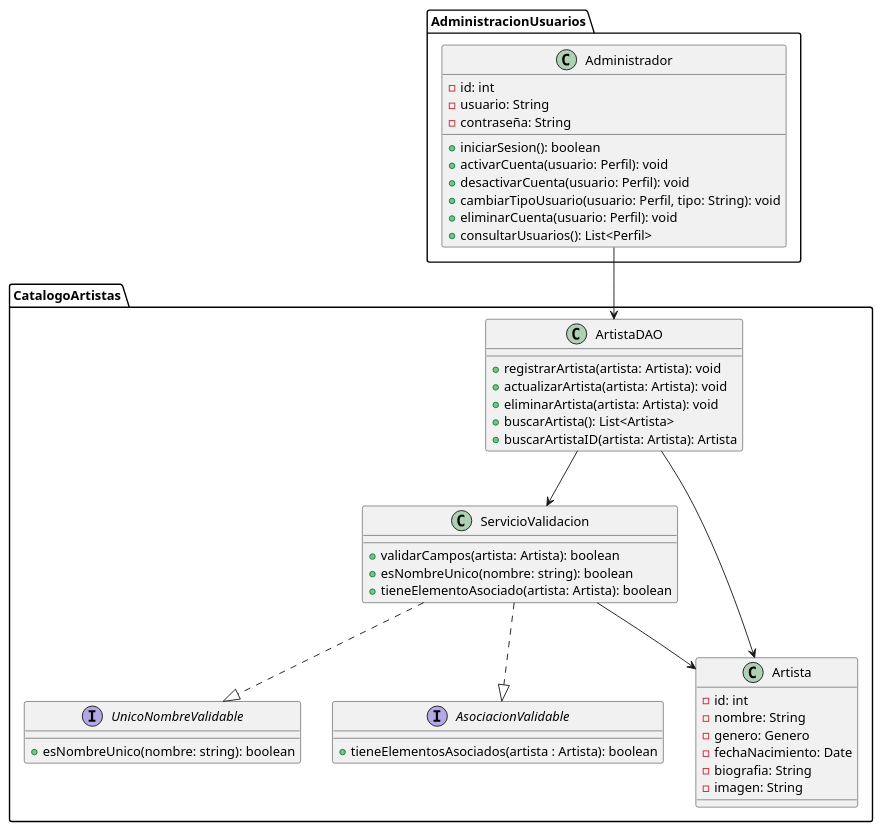
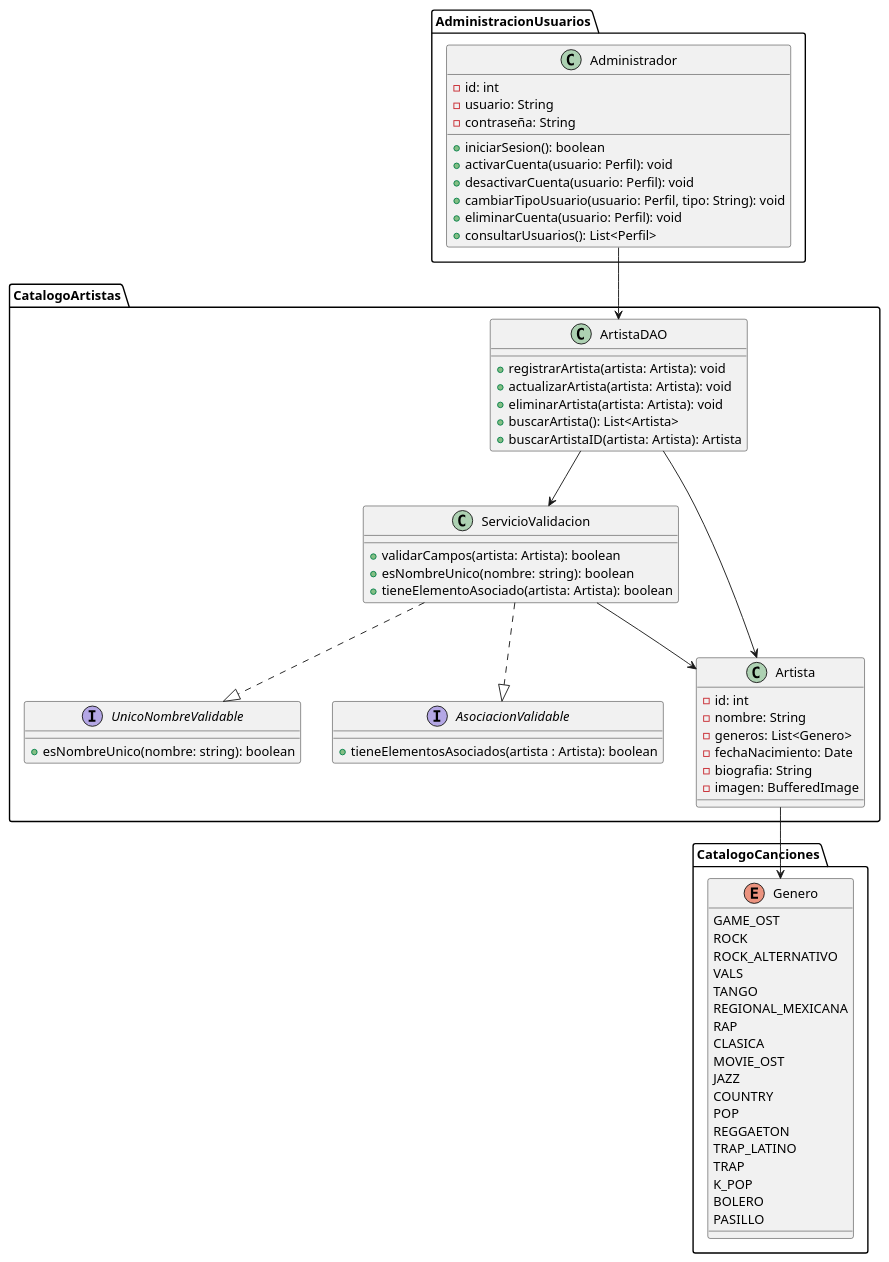
The diagram in src/DiagramasPlantUML/DiagramaCatalogoArtistas.puml (BaphomeT-T/InkHarmony), drawn with PlantUML before and after one commit.

Commit message:
Corregir Diagrama

```diff
--- a/src/DiagramasPlantUML/DiagramaCatalogoArtistas.puml
+++ b/src/DiagramasPlantUML/DiagramaCatalogoArtistas.puml
@@ -1,58 +1,79 @@
 @startuml
 package AdministracionUsuarios {
     class Administrador {
         - id: int
         - usuario: String
         - contraseña: String
         + iniciarSesion(): boolean
         + activarCuenta(usuario: Perfil): void
         + desactivarCuenta(usuario: Perfil): void
         + cambiarTipoUsuario(usuario: Perfil, tipo: String): void
         + eliminarCuenta(usuario: Perfil): void
         + consultarUsuarios(): List<Perfil>
     }
 }
-
+package CatalogoCanciones {
+enum Genero {
+        GAME_OST
+        ROCK
+        ROCK_ALTERNATIVO
+        VALS
+        TANGO
+        REGIONAL_MEXICANA
+        RAP
+        CLASICA
+        MOVIE_OST
+        JAZZ
+        COUNTRY
+        POP
+        REGGAETON
+        TRAP_LATINO
+        TRAP
+        K_POP
+        BOLERO
+        PASILLO
+}
+}
 package CatalogoArtistas {
     class ArtistaDAO {
 
         + registrarArtista(artista: Artista): void
         + actualizarArtista(artista: Artista): void
         + eliminarArtista(artista: Artista): void
         + buscarArtista(): List<Artista>
         + buscarArtistaID(artista: Artista): Artista
     }
 
     class ServicioValidacion {
         + validarCampos(artista: Artista): boolean
         + esNombreUnico(nombre: string): boolean
         + tieneElementoAsociado(artista: Artista): boolean
     }
 
     class Artista {
         - id: int
         - nombre: String
-        - genero: Genero
+        - generos: List<Genero>
         - fechaNacimiento: Date
         - biografia: String
-        - imagen: String
+        - imagen: BufferedImage
     }
 
 
     interface UnicoNombreValidable {
         + esNombreUnico(nombre: string): boolean
     }
 
     interface AsociacionValidable {
         + tieneElementosAsociados(artista : Artista): boolean
     }
 }
 
 Administrador --> ArtistaDAO
 ArtistaDAO --> Artista
 ServicioValidacion --> Artista
 ServicioValidacion ..|> UnicoNombreValidable
 ServicioValidacion ..|> AsociacionValidable
 ArtistaDAO --> ServicioValidacion
-
+Artista --> Genero
 @endumlml
```
